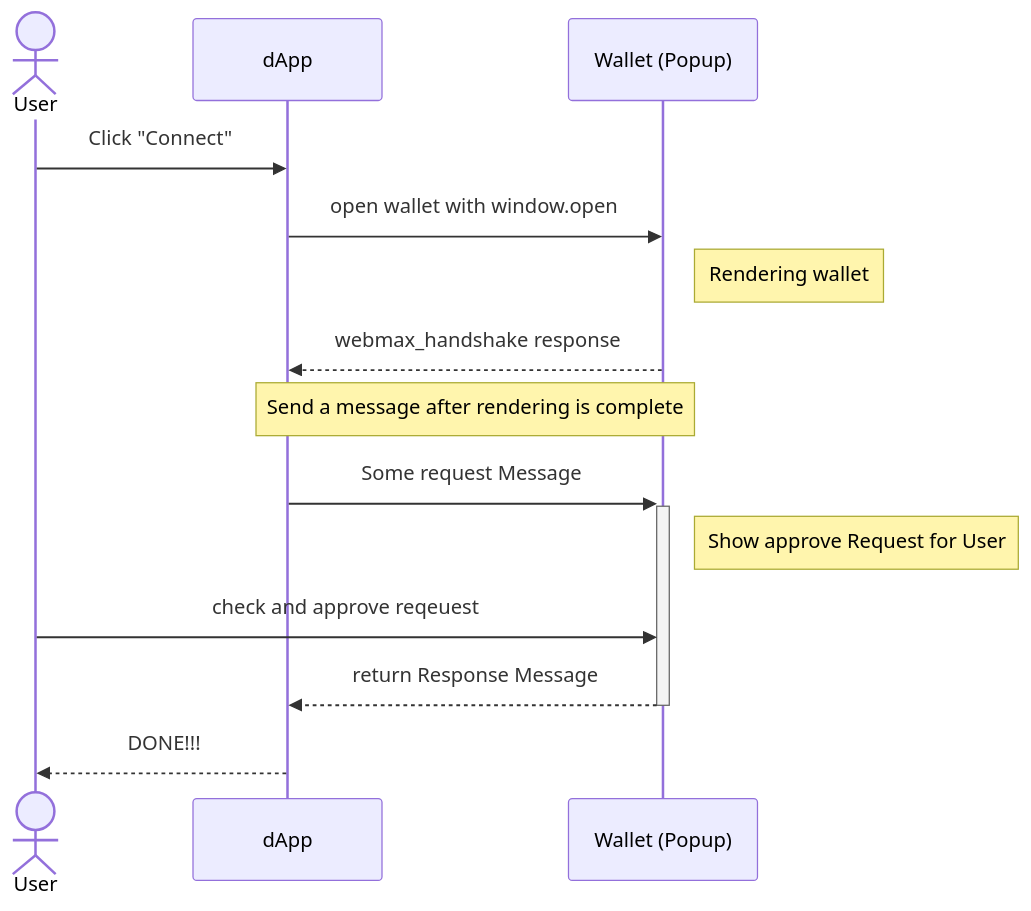
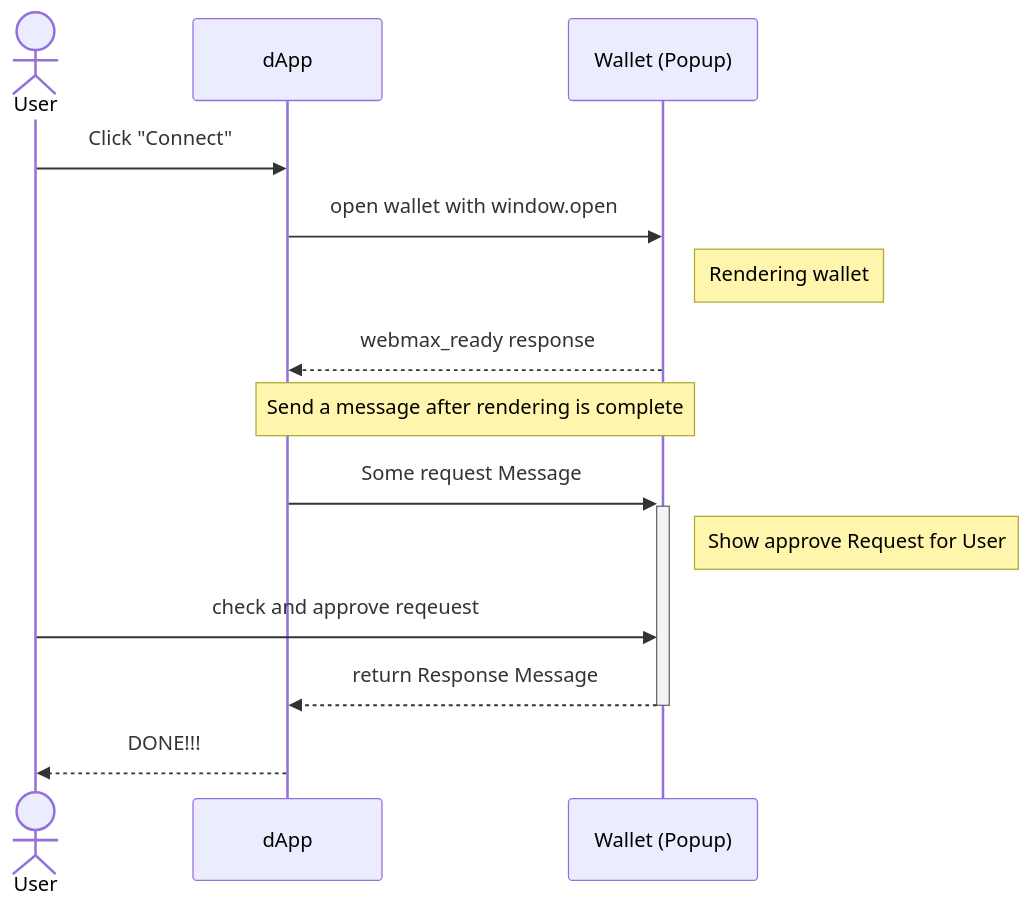
One commit to InternetMaximalism/intmax-walletsdk changed the diagram in JA_DESIGN.md. Above: the diagram before and after it, drawn with Mermaid. The commit also changed other lines of this file, not shown here.

````diff
--- a/JA_DESIGN.md
+++ b/JA_DESIGN.md
@@ -36,16 +36,16 @@
 ```mermaid
 sequenceDiagram
 actor user as User
 participant dapp as dApp
 participant wallet as Wallet (Popup)
 	user ->> dapp: Click "Connect"
 	dapp ->> wallet: open wallet with window.open
 	Note right of wallet: Rendering wallet
-	wallet -->> dapp: webmax_handshake response
+	wallet -->> dapp: webmax_ready response
 	Note over dapp,wallet: Send a message after rendering is complete
 	dapp ->>+ wallet: Some request Message
 	Note right of wallet: Show approve Request for User
 	user ->> wallet: check and approve reqeuest
 	wallet -->>- dapp: return Response Message
 	dapp -->> user: DONE!!!
 ```
````
